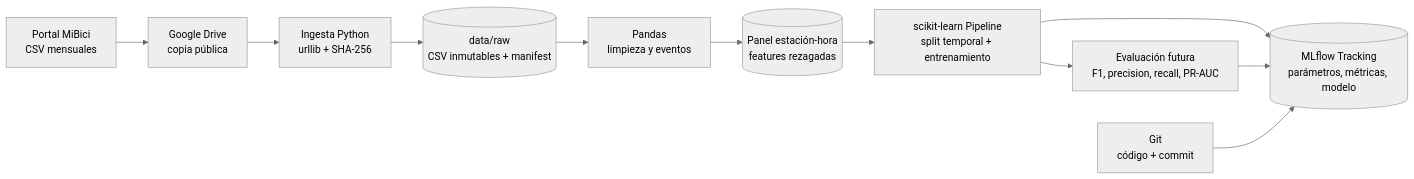
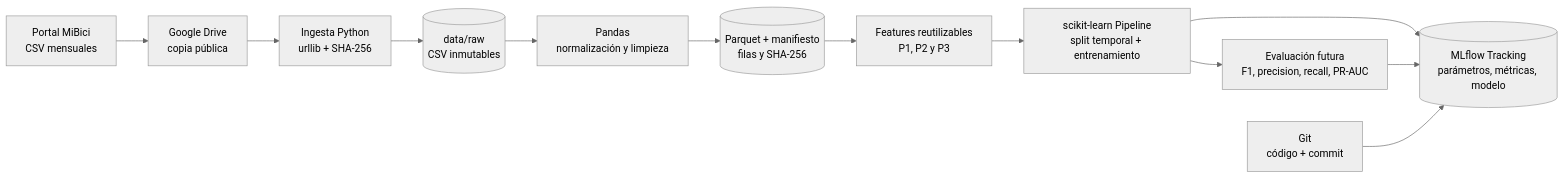
Before and after one commit to dianitavazquez/TC5061-MiBici-Equipo50: the diagram in docs/system-architecture.md, drawn with Mermaid (neutral theme). The commit also changed other lines of this file and 8 other files, not shown here.

````diff
--- a/docs/system-architecture.md
+++ b/docs/system-architecture.md
@@ -3,13 +3,14 @@
 ```mermaid
 flowchart LR
     A[Portal MiBici<br/>CSV mensuales] --> B[Google Drive<br/>copia pública]
     B --> C[Ingesta Python<br/>urllib + SHA-256]
-    C --> D[(data/raw<br/>CSV inmutables + manifest)]
-    D --> E[Pandas<br/>limpieza y eventos]
-    E --> F[(Panel estación-hora<br/>features rezagadas)]
-    F --> G[scikit-learn Pipeline<br/>split temporal + entrenamiento]
+    C --> D[(data/raw<br/>CSV inmutables)]
+    D --> E[Pandas<br/>normalización y limpieza]
+    E --> F[(Parquet + manifiesto<br/>filas y SHA-256)]
+    F --> K[Features reutilizables<br/>P1, P2 y P3]
+    K --> G[scikit-learn Pipeline<br/>split temporal + entrenamiento]
     G --> H[Evaluación futura<br/>F1, precision, recall, PR-AUC]
     G --> I[(MLflow Tracking<br/>parámetros, métricas, modelo)]
     H --> I
     J[Git<br/>código + commit] --> I
 ```
````
